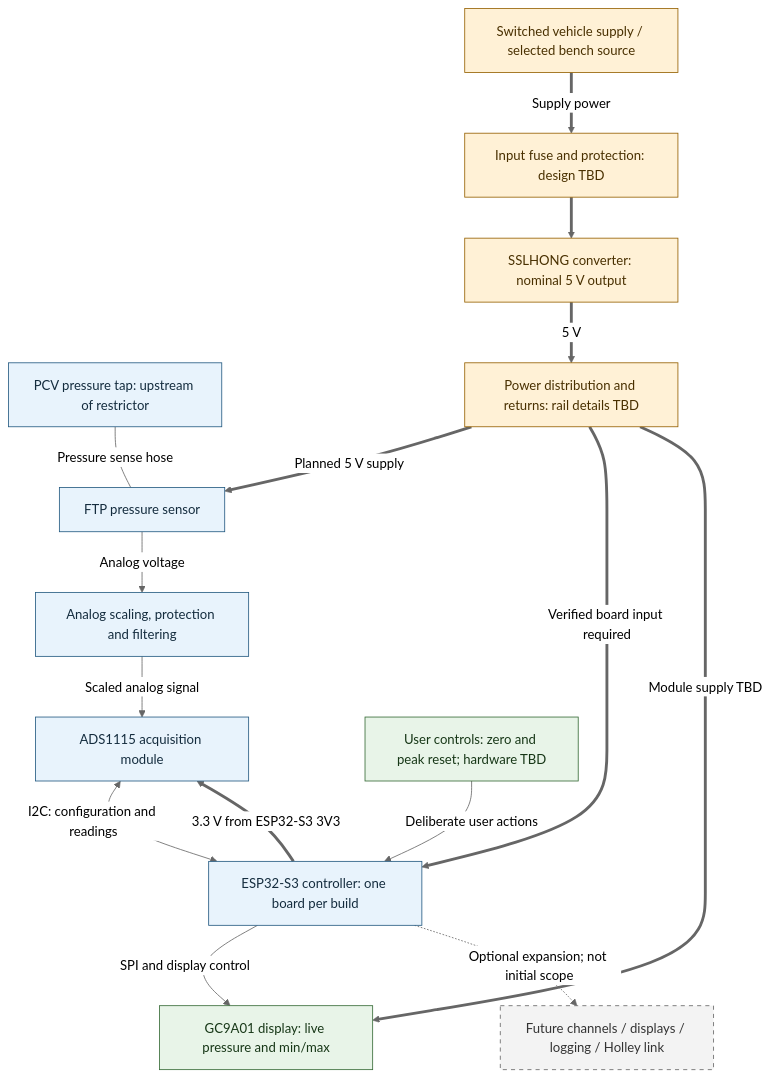
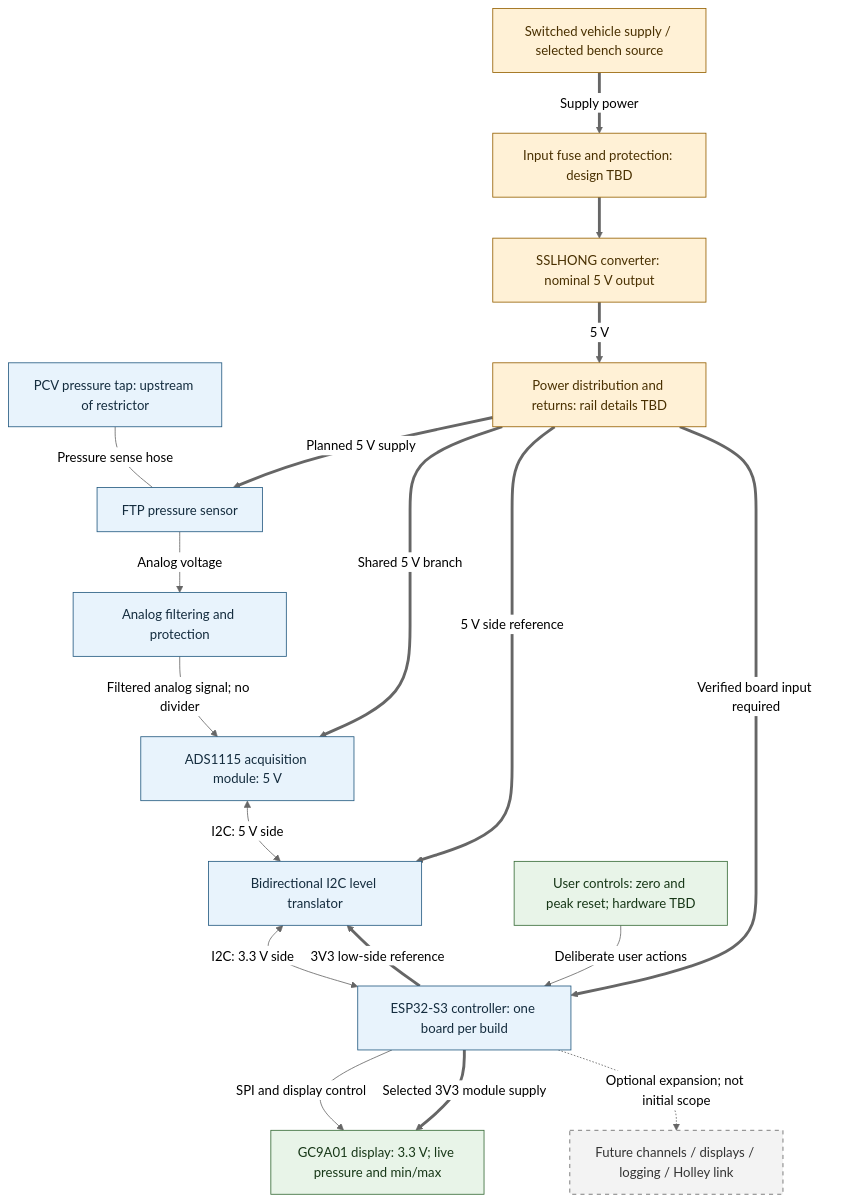
The diagram in hardware/architecture/gauge-system.md (joshua-p-williams/ls-pcv-system), drawn with Mermaid (neutral theme) before and after one commit. The commit also changed other lines of this file and 53 other files, not shown here.

````diff
--- a/hardware/architecture/gauge-system.md
+++ b/hardware/architecture/gauge-system.md
@@ -7,39 +7,43 @@
 ```mermaid
 flowchart TD
     tap["PCV pressure tap: upstream of restrictor"]
     sensor["FTP pressure sensor"]
-    conditioning["Analog scaling, protection and filtering"]
-    adc["ADS1115 acquisition module"]
+    conditioning["Analog filtering and protection"]
+    adc["ADS1115 acquisition module: 5 V"]
+    translator["Bidirectional I2C level translator"]
     controller["ESP32-S3 controller: one board per build"]
-    display["GC9A01 display: live pressure and min/max"]
+    display["GC9A01 display: 3.3 V; live pressure and min/max"]
     controls["User controls: zero and peak reset; hardware TBD"]
     source["Switched vehicle supply / selected bench source"]
     protection["Input fuse and protection: design TBD"]
     converter["SSLHONG converter: nominal 5 V output"]
     distribution["Power distribution and returns: rail details TBD"]
     future["Future channels / displays / logging / Holley link"]
 
     tap ---|"Pressure sense hose"| sensor
     sensor -->|"Analog voltage"| conditioning
-    conditioning -->|"Scaled analog signal"| adc
-    adc <-->|"I2C: configuration and readings"| controller
+    conditioning -->|"Filtered analog signal; no divider"| adc
+    adc <-->|"I2C: 5 V side"| translator
+    translator <-->|"I2C: 3.3 V side"| controller
     controls -->|"Deliberate user actions"| controller
     controller -->|"SPI and display control"| display
     source ==>|"Supply power"| protection
     protection ==> converter
     converter ==>|"5 V"| distribution
     distribution ==>|"Planned 5 V supply"| sensor
-    controller ==>|"3.3 V from ESP32-S3 3V3"| adc
+    distribution ==>|"Shared 5 V branch"| adc
+    distribution ==>|"5 V side reference"| translator
+    controller ==>|"3V3 low-side reference"| translator
     distribution ==>|"Verified board input required"| controller
-    distribution ==>|"Module supply TBD"| display
+    controller ==>|"Selected 3V3 module supply"| display
     controller -.->|"Optional expansion; not initial scope"| future
 
     classDef measurement fill:#e8f3fc,stroke:#245a81,color:#142c3e
     classDef power fill:#fff1d6,stroke:#956000,color:#493000
     classDef interaction fill:#e8f4e8,stroke:#376b37,color:#173717
     classDef optional fill:#f3f3f3,stroke:#666,color:#333,stroke-dasharray:5 5
-    class tap,sensor,conditioning,adc,controller measurement
+    class tap,sensor,conditioning,adc,translator,controller measurement
     class source,protection,converter,distribution power
     class controls,display interaction
     class future optional
 ```
````
